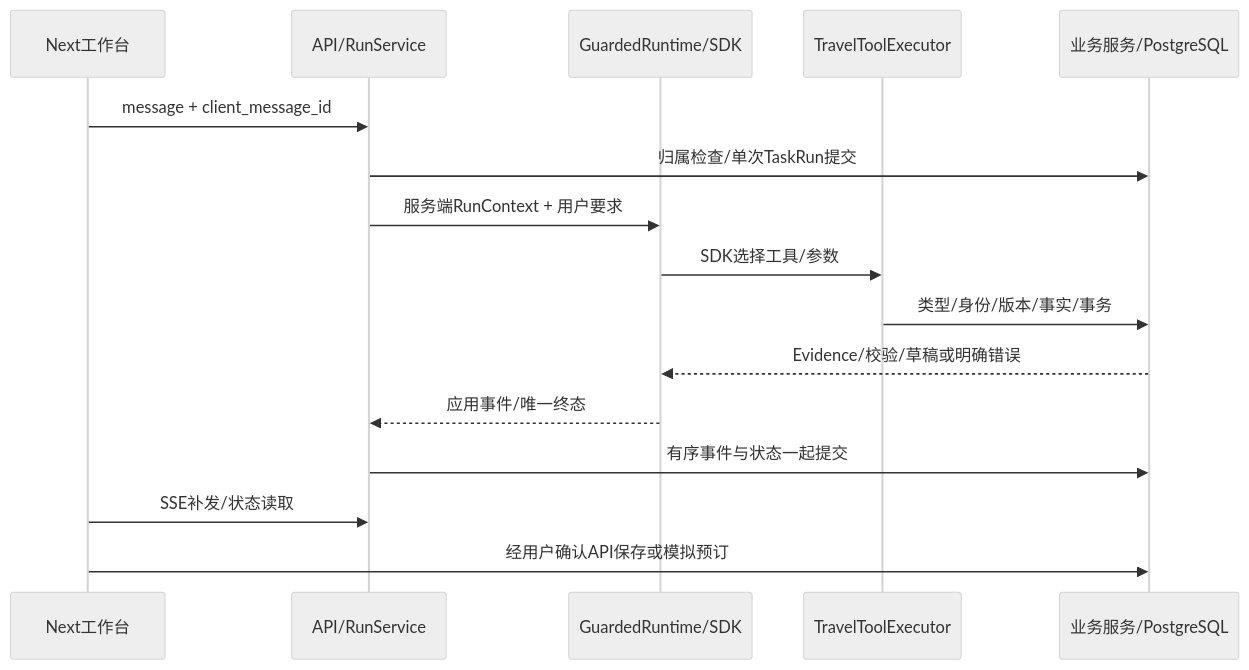
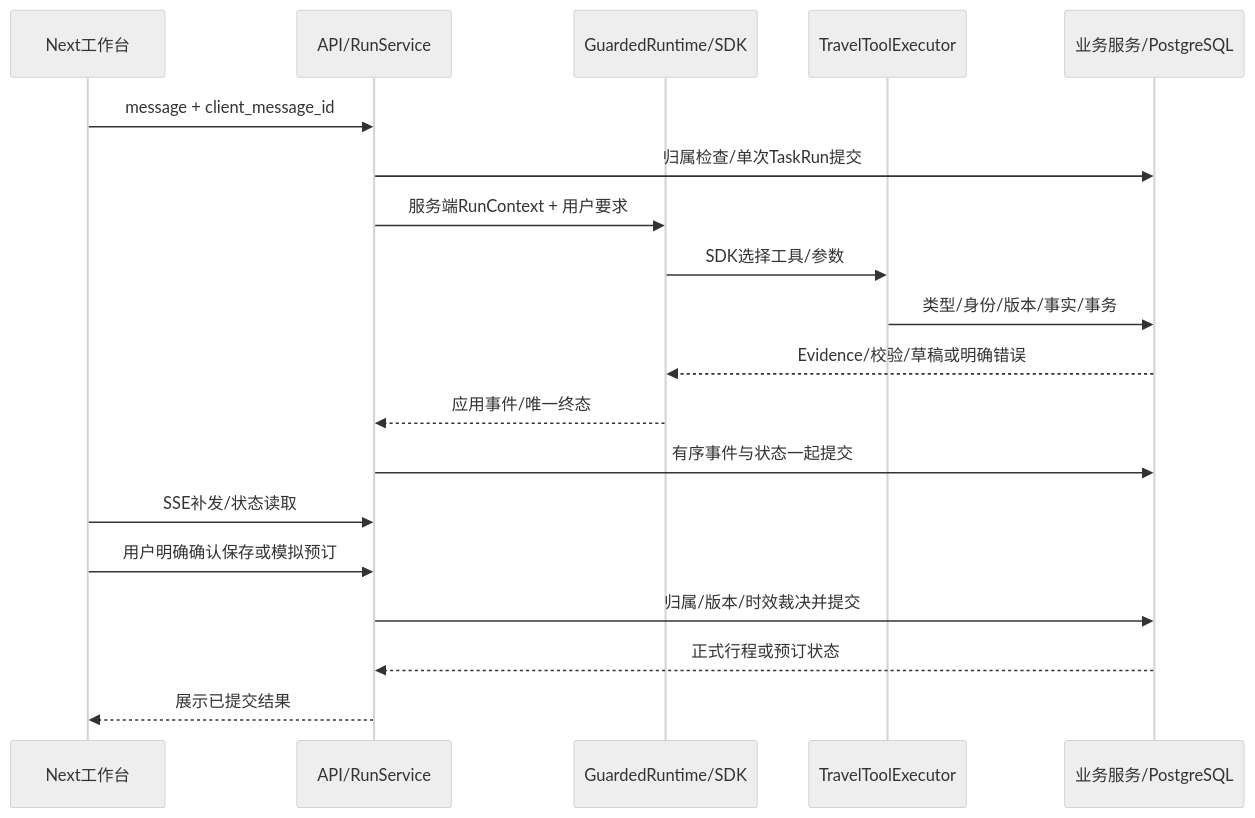
The diagram in docs/review/learning.md (Cookie0103/travel_agent), drawn with Mermaid (neutral theme) before and after one commit. The commit also changed 12 other files, not shown here.

````diff
--- a/docs/review/learning.md
+++ b/docs/review/learning.md
@@ -7,18 +7,21 @@
 ```mermaid
 sequenceDiagram
     participant W as Next工作台
     participant A as API/RunService
     participant R as GuardedRuntime/SDK
     participant T as TravelToolExecutor
     participant P as 业务服务/PostgreSQL
     W->>A: message + client_message_id
     A->>P: 归属检查/单次TaskRun提交
     A->>R: 服务端RunContext + 用户要求
     R->>T: SDK选择工具/参数
     T->>P: 类型/身份/版本/事实/事务
     P-->>R: Evidence/校验/草稿或明确错误
     R-->>A: 应用事件/唯一终态
     A->>P: 有序事件与状态一起提交
     W->>A: SSE补发/状态读取
-    W->>P: 经用户确认API保存或模拟预订
+    W->>A: 用户明确确认保存或模拟预订
+    A->>P: 归属/版本/时效裁决并提交
+    P-->>A: 正式行程或预订状态
+    A-->>W: 展示已提交结果
 ```
````
